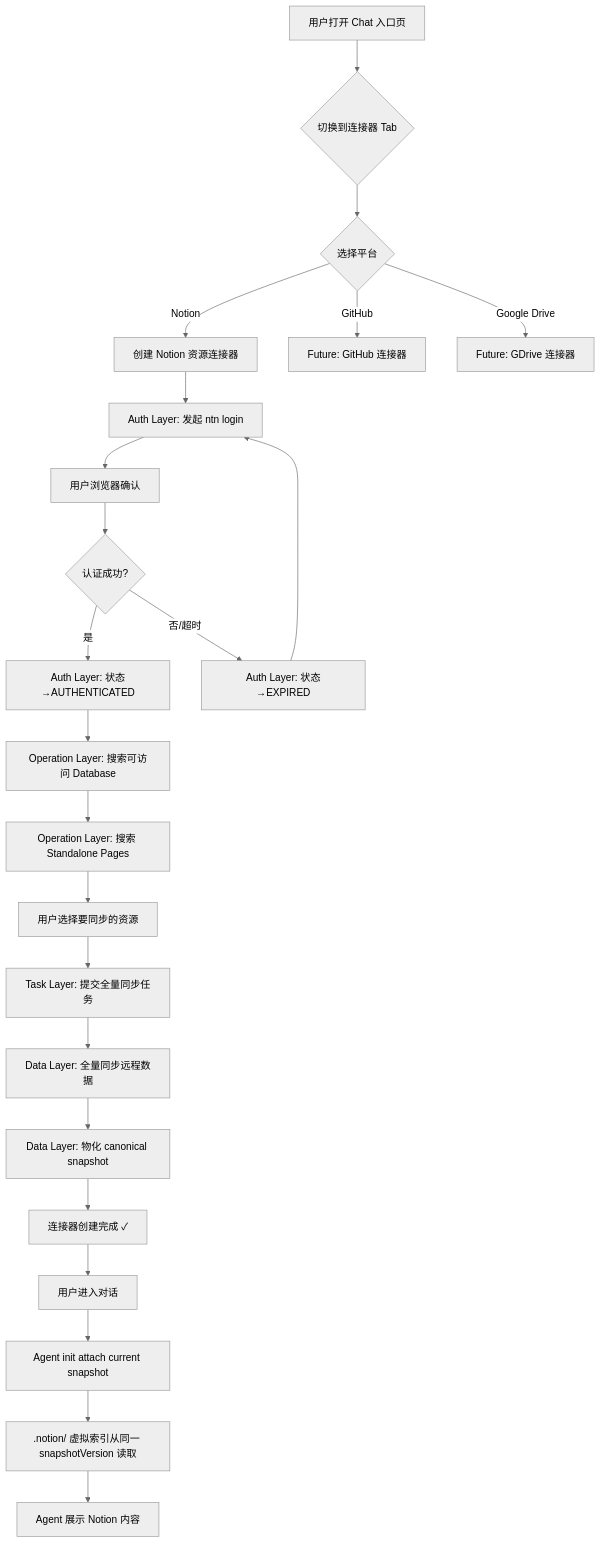
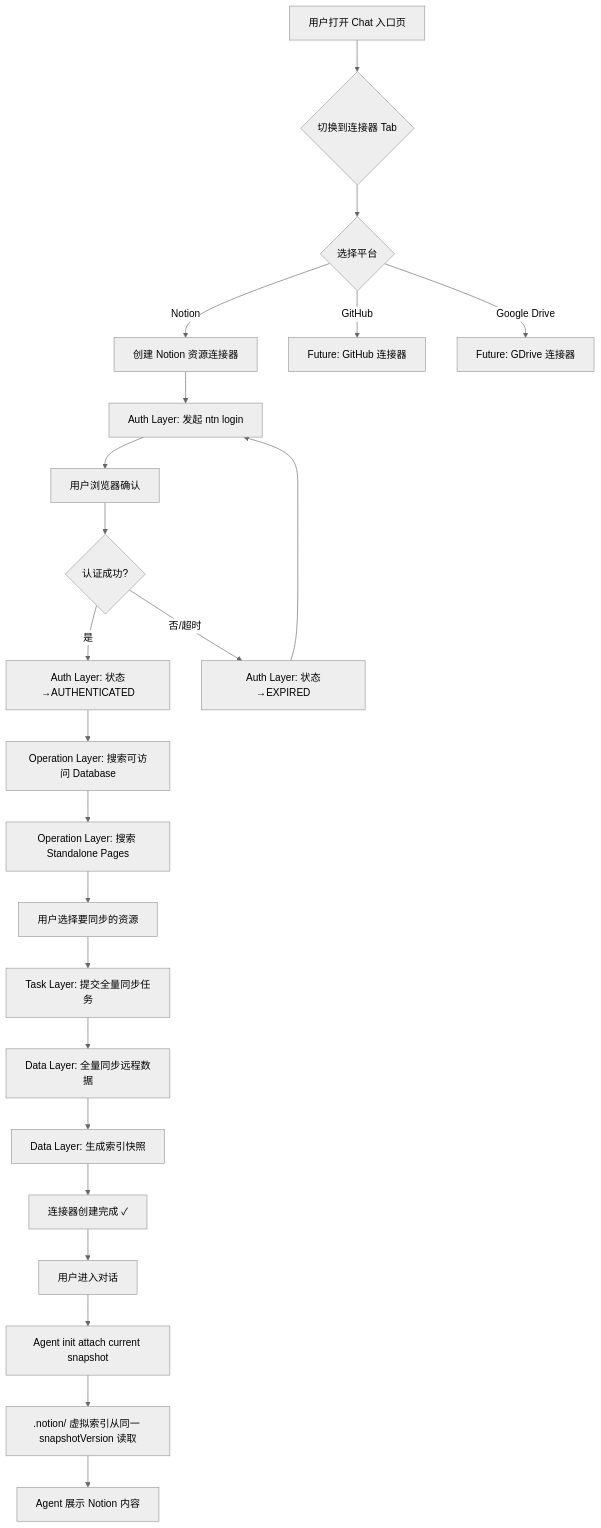
One commit to glide-the/im-dream changed the first of 18 diagrams in docs/design/claude-agent/notion-point/resource-connector-flowcharts.md. Above: the diagram before and after it, drawn with Mermaid (neutral theme). The commit also changed other lines of this file and 51 other files, not shown here.

````diff
--- a/docs/design/claude-agent/notion-point/resource-connector-flowcharts.md
+++ b/docs/design/claude-agent/notion-point/resource-connector-flowcharts.md
@@ -36,28 +36,28 @@
 ```mermaid
 flowchart TD
     A[用户打开 Chat 入口页] --> B{切换到连接器 Tab}
     B --> C{选择平台}
     C -->|Notion| D[创建 Notion 资源连接器]
     C -->|GitHub| Z1[Future: GitHub 连接器]
     C -->|Google Drive| Z2[Future: GDrive 连接器]
 
     D --> E[Auth Layer: 发起 ntn login]
     E --> F[用户浏览器确认]
     F --> G{认证成功?}
     G -->|是| H[Auth Layer: 状态→AUTHENTICATED]
     G -->|否/超时| I[Auth Layer: 状态→EXPIRED]
     I --> E
 
     H --> J[Operation Layer: 搜索可访问 Database]
     J --> K[Operation Layer: 搜索 Standalone Pages]
     K --> L[用户选择要同步的资源]
     L --> M[Task Layer: 提交全量同步任务]
     M --> N[Data Layer: 全量同步远程数据]
-    N --> O[Data Layer: 物化 canonical snapshot]
+    N --> O[Data Layer: 生成索引快照]
     O --> P[连接器创建完成 ✓]
 
     P --> Q[用户进入对话]
     Q --> R[Agent init attach current snapshot]
     R --> S[.notion/ 虚拟索引从同一 snapshotVersion 读取]
     S --> T[Agent 展示 Notion 内容]
 ```
````
